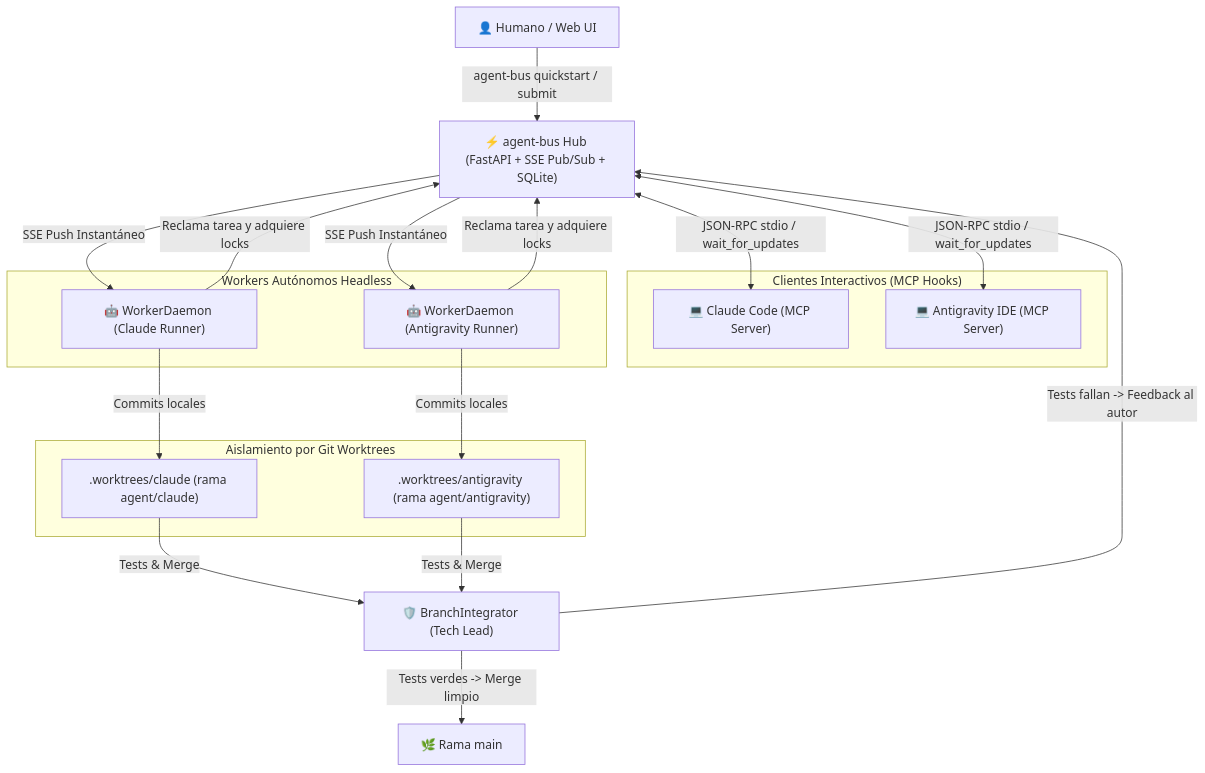
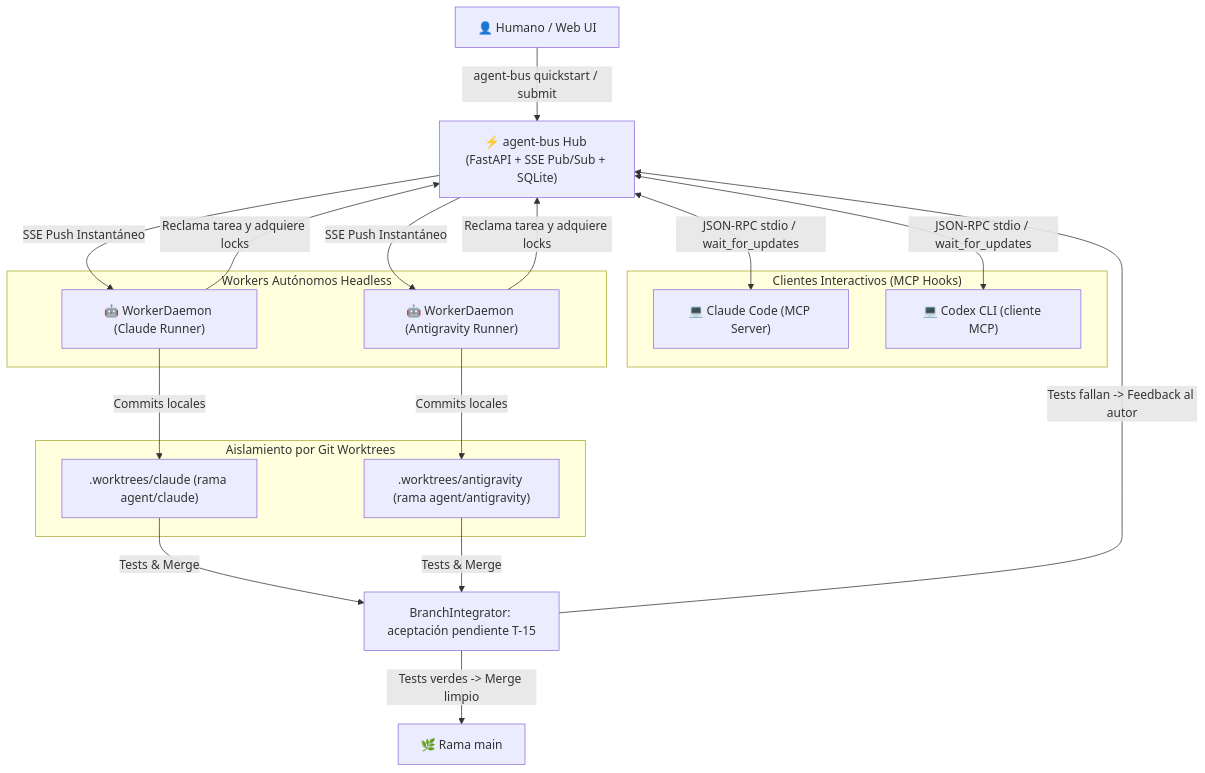
Before and after one commit to yasmanycastillo/agent-bus: the diagram in README.md, drawn with Mermaid. The commit also changed other lines of this file and 4 other files, not shown here.

````diff
--- a/README.md
+++ b/README.md
@@ -21,37 +21,37 @@
 ```mermaid
 flowchart TD
     Human["👤 Humano / Web UI"] -->|"agent-bus quickstart / submit"| Bus["⚡ agent-bus Hub (FastAPI + SSE Pub/Sub + SQLite)"]
 
     subgraph "Clientes Interactivos (MCP Hooks)"
         MCP1["💻 Claude Code (MCP Server)"]
-        MCP2["💻 Antigravity IDE (MCP Server)"]
+        MCP2["💻 Codex CLI (cliente MCP)"]
     end
 
     subgraph "Aislamiento por Git Worktrees"
         WT1[".worktrees/claude (rama agent/claude)"]
         WT2[".worktrees/antigravity (rama agent/antigravity)"]
     end
 
     subgraph "Workers Autónomos Headless"
         D1["🤖 WorkerDaemon (Claude Runner)"]
         D2["🤖 WorkerDaemon (Antigravity Runner)"]
     end
 
     Bus <-->|"JSON-RPC stdio / wait_for_updates"| MCP1
     Bus <-->|"JSON-RPC stdio / wait_for_updates"| MCP2
 
     Bus -->|"SSE Push Instantáneo"| D1
     Bus -->|"SSE Push Instantáneo"| D2
 
     D1 -->|"Reclama tarea y adquiere locks"| Bus
     D2 -->|"Reclama tarea y adquiere locks"| Bus
 
     D1 -->|"Commits locales"| WT1
     D2 -->|"Commits locales"| WT2
 
-    WT1 -->|"Tests & Merge"| Integrator["🛡️ BranchIntegrator (Tech Lead)"]
+    WT1 -->|"Tests & Merge"| Integrator["BranchIntegrator: aceptación pendiente T-15"]
     WT2 -->|"Tests & Merge"| Integrator
 
     Integrator -->|"Tests verdes -> Merge limpio"| Main["🌿 Rama main"]
     Integrator -->|"Tests fallan -> Feedback al autor"| Bus
 ```
````
